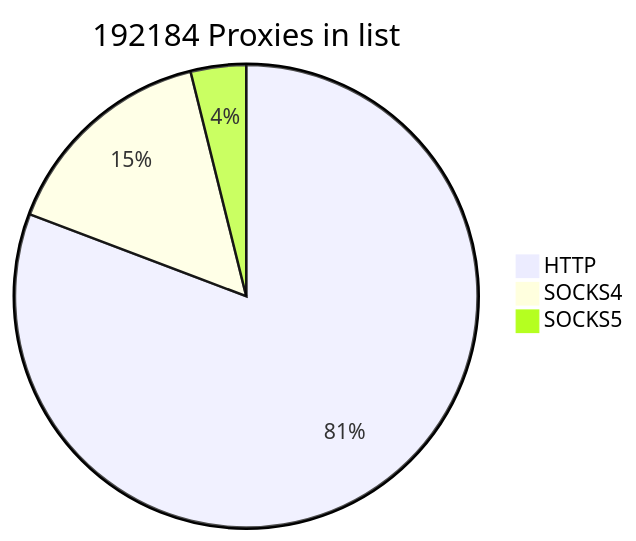
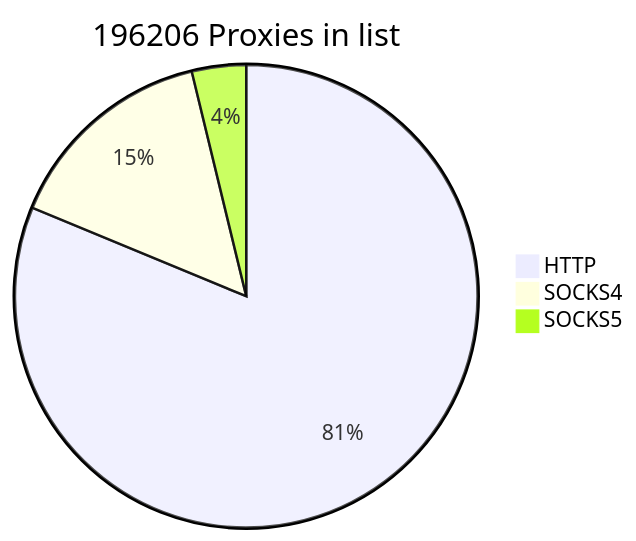
Before and after one commit to cutipu/proxylist: the first of 2 diagrams in README.md, drawn with Mermaid. The commit also changed other lines of this file, not shown here.

````diff
--- a/README.md
+++ b/README.md
@@ -9,7 +9,7 @@
 ```mermaid
-pie title 192184 Proxies in list
-    "HTTP" : 155217
-    "SOCKS4" : 29533
-    "SOCKS5" : 7434
+pie title 196206 Proxies in list
+    "HTTP" : 159407
+    "SOCKS4" : 29368
+    "SOCKS5" : 7431
             
 ```
````
